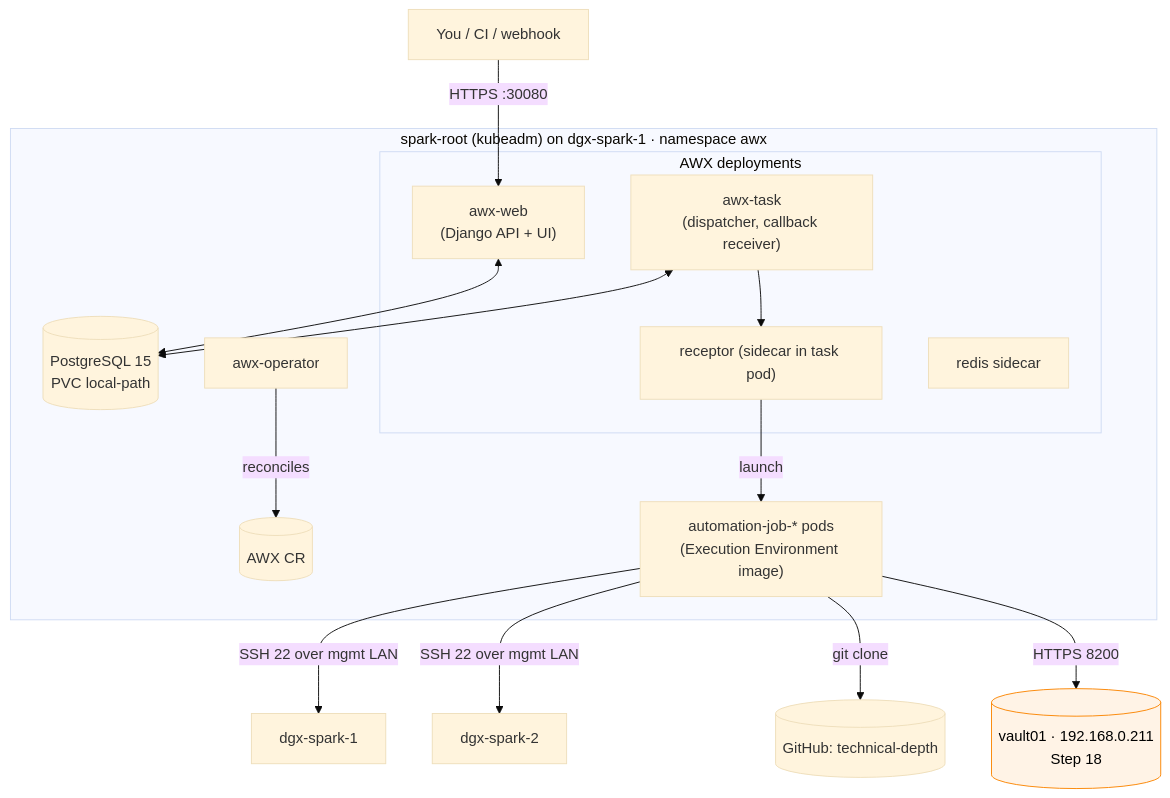
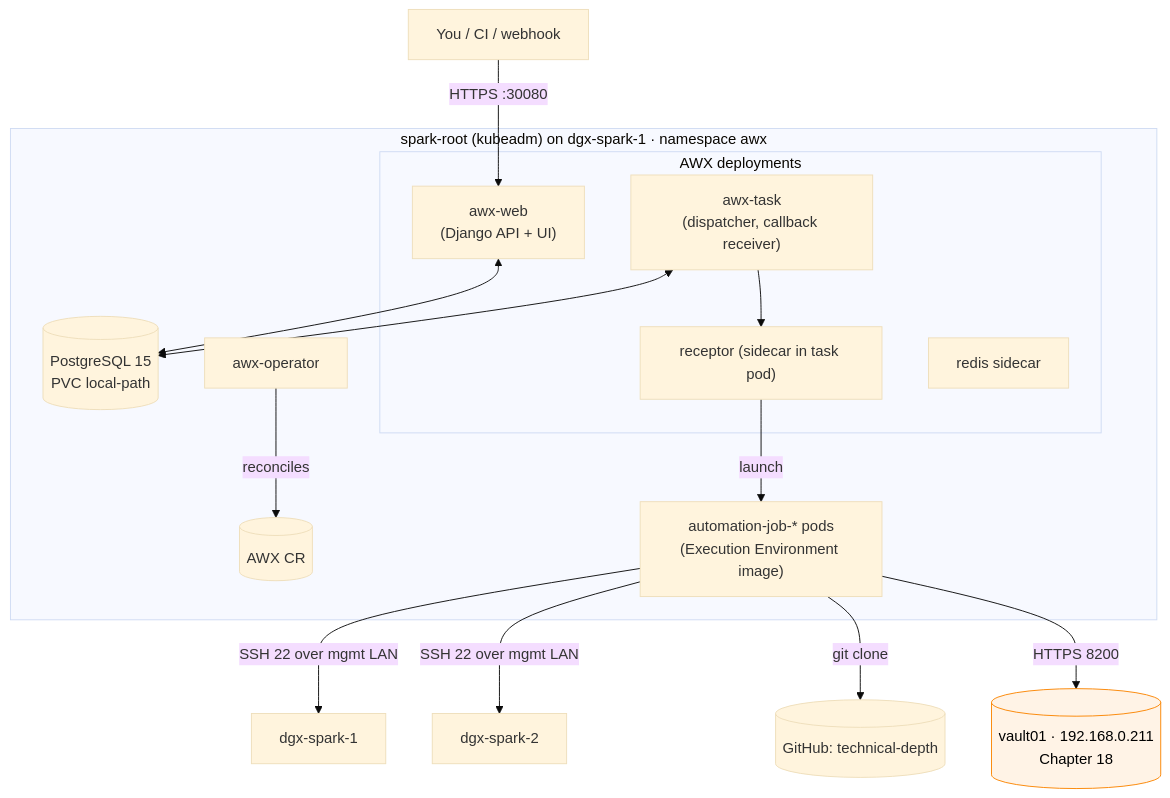
One commit to cloudone365/technical-depth changed the first of 2 diagrams in 01-Ansible/23-awx-install-and-configuration-as-code.md. Above: the diagram before and after it, drawn with Mermaid (base theme). The commit also changed other lines of this file and 242 other files, not shown here.

````diff
--- a/01-Ansible/23-awx-install-and-configuration-as-code.md
+++ b/01-Ansible/23-awx-install-and-configuration-as-code.md
@@ -29,23 +29,23 @@
 ```mermaid
 flowchart TB
   U["You / CI / webhook"] -->|HTTPS :30080| WEB
   subgraph ROOT["spark-root (kubeadm) on dgx-spark-1 · namespace awx"]
     OP[awx-operator] -->|reconciles| CR[(AWX CR)]
     subgraph AWXPOD[AWX deployments]
       WEB["awx-web<br/>(Django API + UI)"]
       TASK["awx-task<br/>(dispatcher, callback receiver)"]
       RCPT["receptor (sidecar in task pod)"]
       REDIS[redis sidecar]
     end
     PG[(PostgreSQL 15<br/>PVC local-path)]
     JOB["automation-job-* pods<br/>(Execution Environment image)"]
   end
   WEB <--> PG
   TASK <--> PG
   TASK --> RCPT -->|launch| JOB
   JOB -->|SSH 22 over mgmt LAN| S1[dgx-spark-1] & S2[dgx-spark-2]
   JOB -->|git clone| GH[(GitHub: technical-depth)]
-  JOB -->|HTTPS 8200| V[("vault01 · 192.168.0.211<br/>Step 18")]
+  JOB -->|HTTPS 8200| V[("vault01 · 192.168.0.211<br/>Chapter 18")]
   classDef mgmt fill:#fff3e6,stroke:#fb8500,color:#000
   class V mgmt
 ```
````
